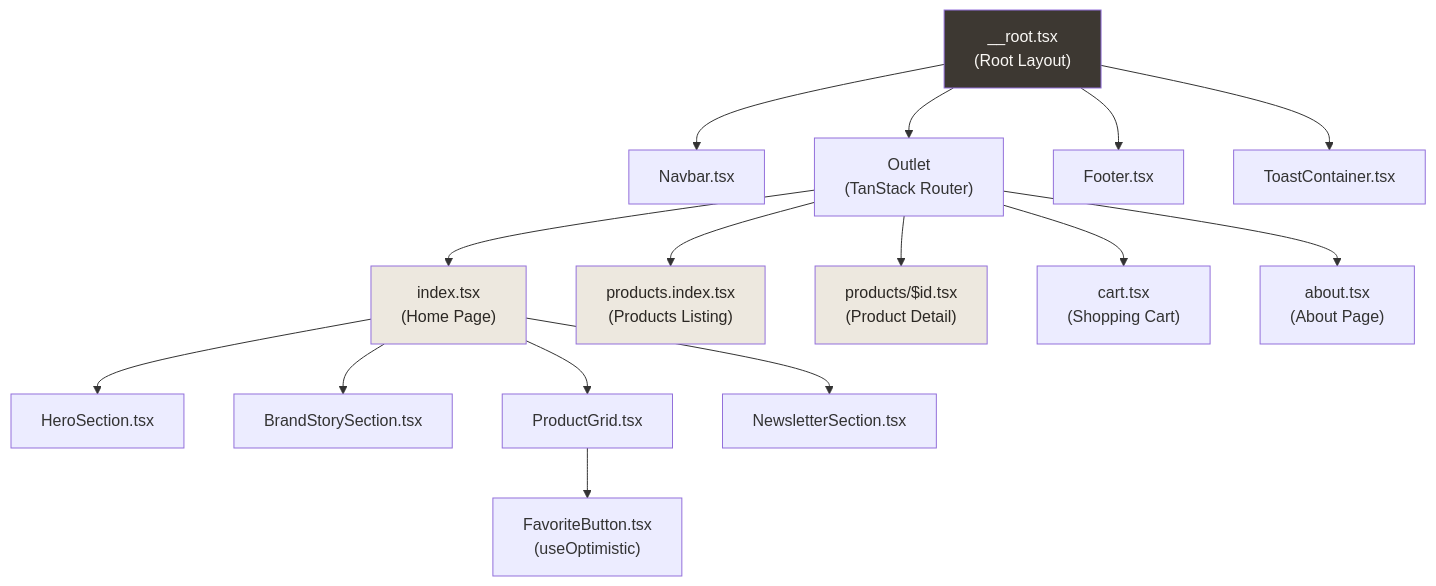
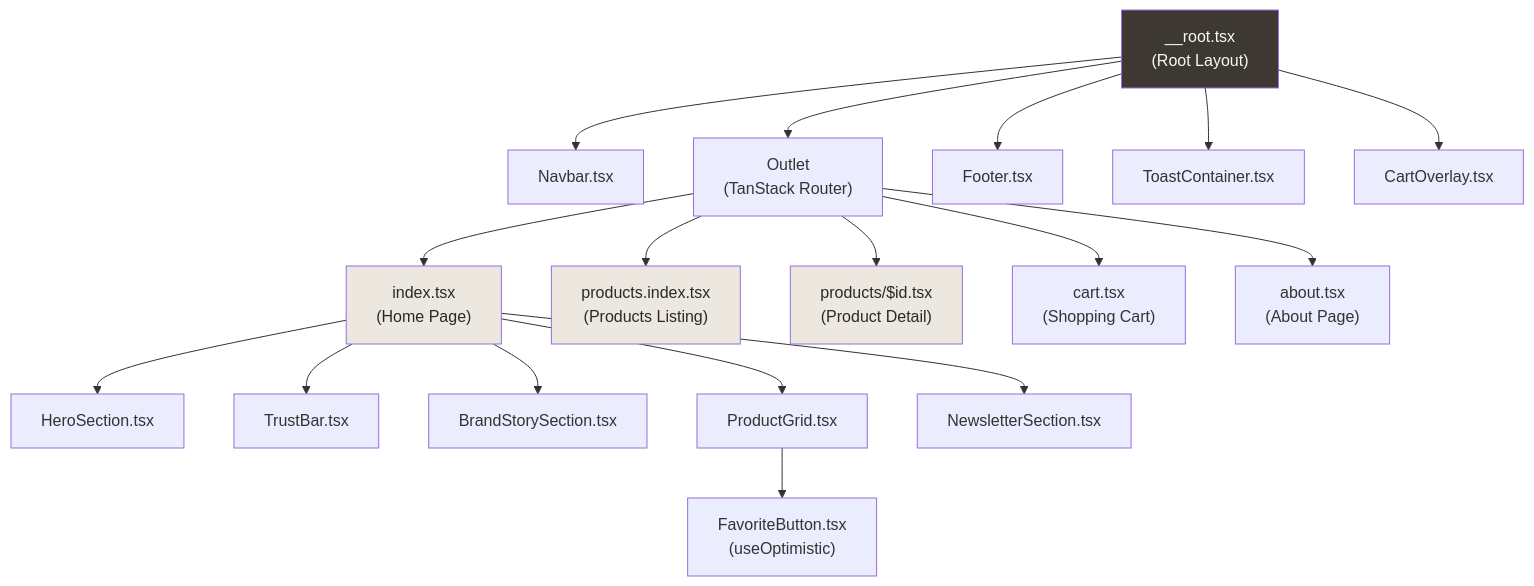
The first of 4 diagrams in README.md (nordeim/woolstep-mvp), drawn with Mermaid before and after one commit. The commit also changed other lines of this file and 41 other files, not shown here.

````diff
--- a/README.md
+++ b/README.md
@@ -66,25 +66,27 @@
 ```mermaid
-graph TD
+graph TD;
     A["__root.tsx<br/>(Root Layout)"] --> B["Navbar.tsx"]
     A --> C["Outlet<br/>(TanStack Router)"]
     A --> D["Footer.tsx"]
     A --> E["ToastContainer.tsx"]
+    A --> F["CartOverlay.tsx"]
     
-    C --> F["index.tsx<br/>(Home Page)"]
-    C --> G["products.index.tsx<br/>(Products Listing)"]
-    C --> H["products/$id.tsx<br/>(Product Detail)"]
-    C --> I["cart.tsx<br/>(Shopping Cart)"]
-    C --> J["about.tsx<br/>(About Page)"]
+    C --> G["index.tsx<br/>(Home Page)"]
+    C --> H["products.index.tsx<br/>(Products Listing)"]
+    C --> I["products/$id.tsx<br/>(Product Detail)"]
+    C --> J["cart.tsx<br/>(Shopping Cart)"]
+    C --> K["about.tsx<br/>(About Page)"]
     
-    F --> K["HeroSection.tsx"]
-    F --> L["BrandStorySection.tsx"]
-    F --> M["ProductGrid.tsx"]
-    F --> N["NewsletterSection.tsx"]
+    G --> L["HeroSection.tsx"]
+    G --> M["TrustBar.tsx"]
+    G --> N["BrandStorySection.tsx"]
+    G --> O["ProductGrid.tsx"]
+    G --> P["NewsletterSection.tsx"]
     
-    M --> O["FavoriteButton.tsx<br/>(useOptimistic)"]
+    O --> Q["FavoriteButton.tsx<br/>(useOptimistic)"]
     
     style A fill:#3D3832,color:#FAF8F5
-    style F fill:#EDE8DF,color:#2C2824
     style G fill:#EDE8DF,color:#2C2824
     style H fill:#EDE8DF,color:#2C2824
+    style I fill:#EDE8DF,color:#2C2824
 ```
````
